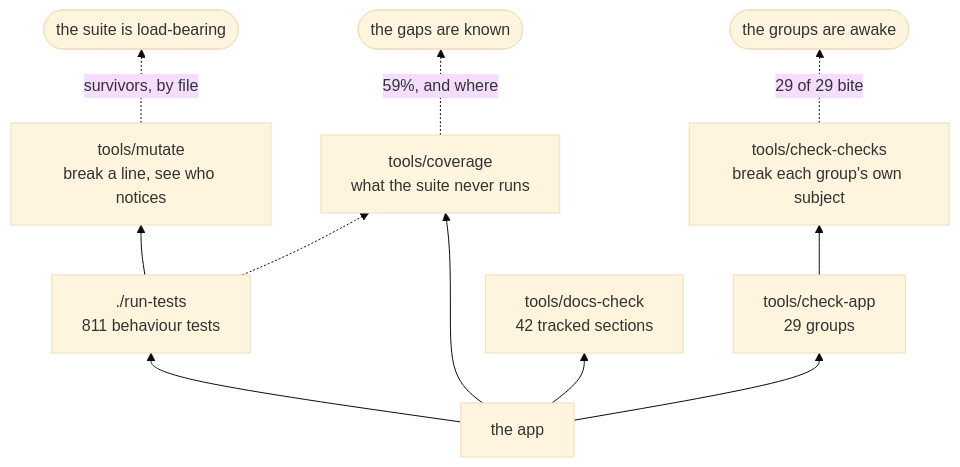
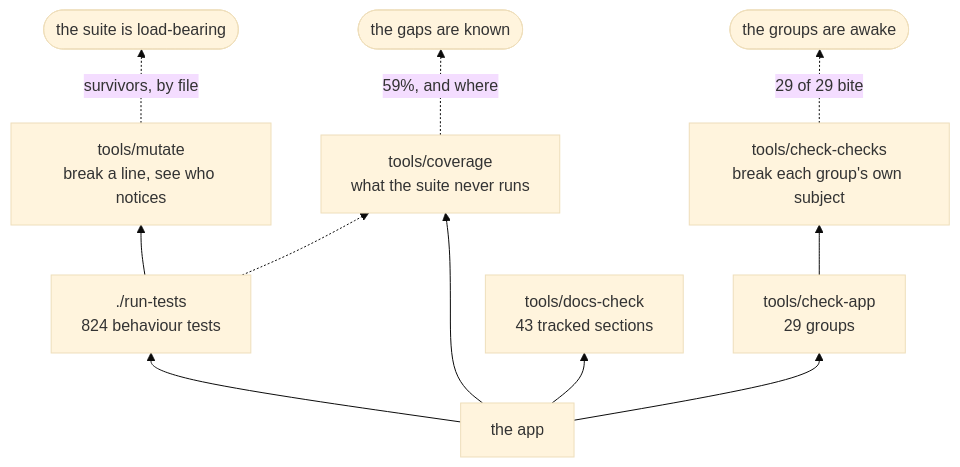
The second of 2 diagrams in docs/DEVELOPING.md (minormending/crystal-pilot-mobile), drawn with Mermaid (base theme) before and after one commit. The commit also changed other lines of this file and 2 other files, not shown here.

````diff
--- a/docs/DEVELOPING.md
+++ b/docs/DEVELOPING.md
@@ -127,13 +127,13 @@
 ```mermaid
 flowchart BT
-    C["the app"] --> T["./run-tests<br/>811 behaviour tests"]
+    C["the app"] --> T["./run-tests<br/>824 behaviour tests"]
     C --> A["tools/check-app<br/>29 groups"]
-    C --> D["tools/docs-check<br/>42 tracked sections"]
+    C --> D["tools/docs-check<br/>43 tracked sections"]
     C --> V["tools/coverage<br/>what the suite never runs"]
     T --> M["tools/mutate<br/>break a line, see who notices"]
     A --> K["tools/check-checks<br/>break each group's own subject"]
     T -.-> V
     M -.->|"survivors, by file"| R(["the suite is load-bearing"])
     K -.->|"29 of 29 bite"| R2(["the groups are awake"])
     V -.->|"59%, and where"| R3(["the gaps are known"])
 ```
````
